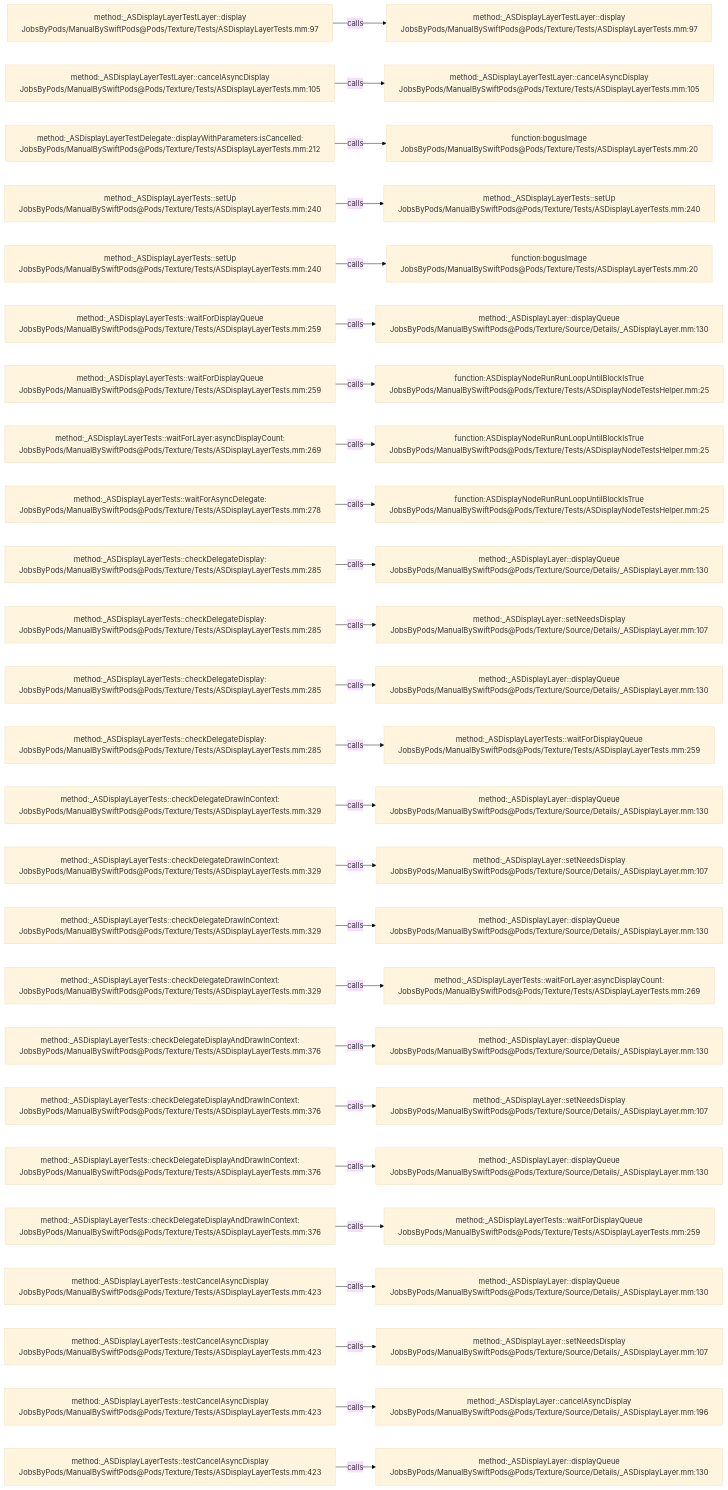
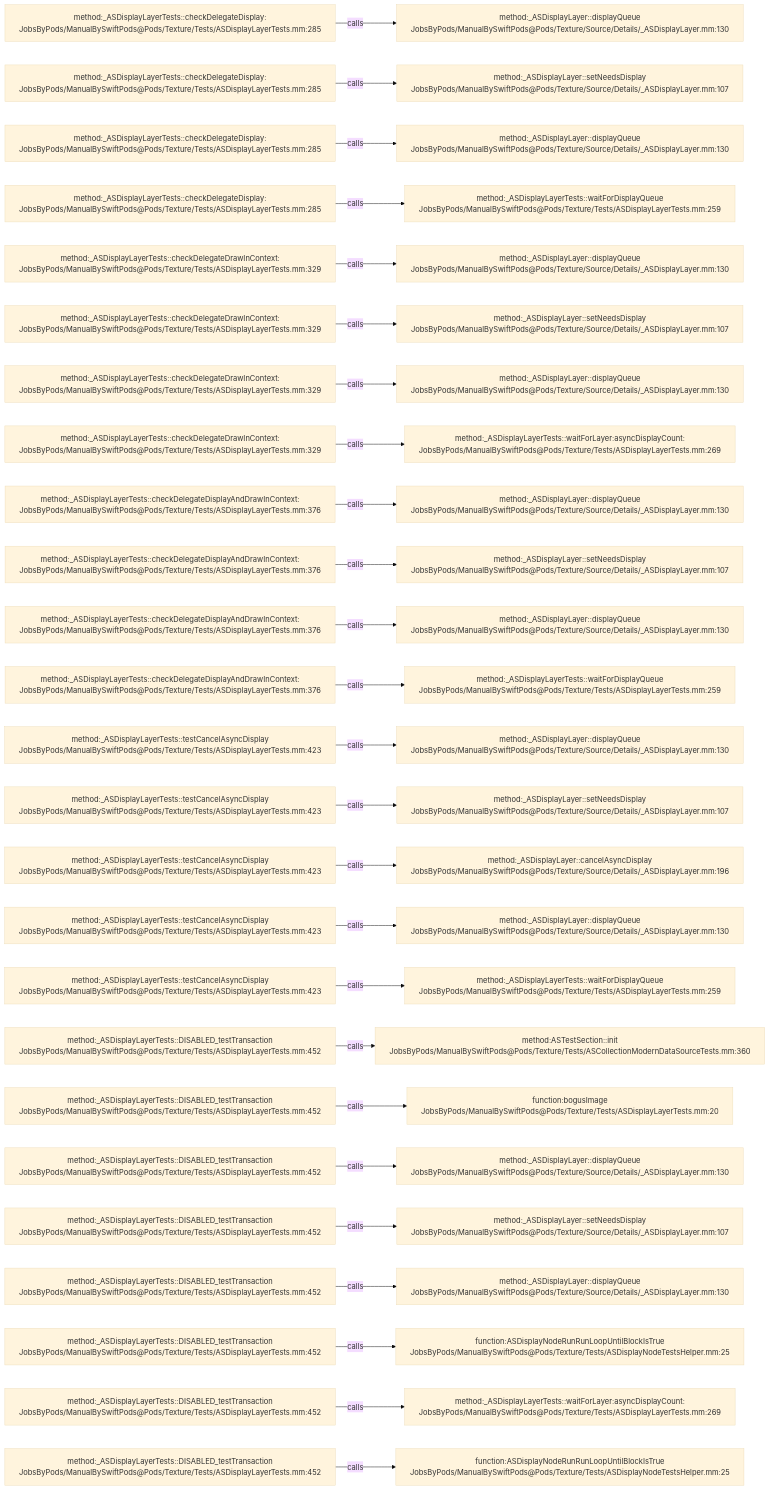
The diagram in .codegraph/codegraph.md/graphs/calls-180.md (JobsKits/JobsSwiftBaseConfigDemo), drawn with Mermaid (base theme) before and after one commit. The commit also changed 707 other files, not shown here.

````diff
--- a/.codegraph/codegraph.md/graphs/calls-180.md
+++ b/.codegraph/codegraph.md/graphs/calls-180.md
@@ -13,78 +13,78 @@
 ```mermaid
 flowchart LR
-  S1["method:_ASDisplayLayerTestLayer::display<br/>JobsByPods/ManualBySwiftPods@Pods/Texture/Tests/ASDisplayLayerTests.mm:97"]
-  T1["method:_ASDisplayLayerTestLayer::display<br/>JobsByPods/ManualBySwiftPods@Pods/Texture/Tests/ASDisplayLayerTests.mm:97"]
+  S1["method:_ASDisplayLayerTests::checkDelegateDisplay:<br/>JobsByPods/ManualBySwiftPods@Pods/Texture/Tests/ASDisplayLayerTests.mm:285"]
+  T1["method:_ASDisplayLayer::displayQueue<br/>JobsByPods/ManualBySwiftPods@Pods/Texture/Source/Details/_ASDisplayLayer.mm:130"]
   S1 -->|calls| T1
-  S2["method:_ASDisplayLayerTestLayer::cancelAsyncDisplay<br/>JobsByPods/ManualBySwiftPods@Pods/Texture/Tests/ASDisplayLayerTests.mm:105"]
-  T2["method:_ASDisplayLayerTestLayer::cancelAsyncDisplay<br/>JobsByPods/ManualBySwiftPods@Pods/Texture/Tests/ASDisplayLayerTests.mm:105"]
+  S2["method:_ASDisplayLayerTests::checkDelegateDisplay:<br/>JobsByPods/ManualBySwiftPods@Pods/Texture/Tests/ASDisplayLayerTests.mm:285"]
+  T2["method:_ASDisplayLayer::setNeedsDisplay<br/>JobsByPods/ManualBySwiftPods@Pods/Texture/Source/Details/_ASDisplayLayer.mm:107"]
   S2 -->|calls| T2
-  S3["method:_ASDisplayLayerTestDelegate::displayWithParameters:isCancelled:<br/>JobsByPods/ManualBySwiftPods@Pods/Texture/Tests/ASDisplayLayerTests.mm:212"]
-  T3["function:bogusImage<br/>JobsByPods/ManualBySwiftPods@Pods/Texture/Tests/ASDisplayLayerTests.mm:20"]
+  S3["method:_ASDisplayLayerTests::checkDelegateDisplay:<br/>JobsByPods/ManualBySwiftPods@Pods/Texture/Tests/ASDisplayLayerTests.mm:285"]
+  T3["method:_ASDisplayLayer::displayQueue<br/>JobsByPods/ManualBySwiftPods@Pods/Texture/Source/Details/_ASDisplayLayer.mm:130"]
   S3 -->|calls| T3
-  S4["method:_ASDisplayLayerTests::setUp<br/>JobsByPods/ManualBySwiftPods@Pods/Texture/Tests/ASDisplayLayerTests.mm:240"]
-  T4["method:_ASDisplayLayerTests::setUp<br/>JobsByPods/ManualBySwiftPods@Pods/Texture/Tests/ASDisplayLayerTests.mm:240"]
+  S4["method:_ASDisplayLayerTests::checkDelegateDisplay:<br/>JobsByPods/ManualBySwiftPods@Pods/Texture/Tests/ASDisplayLayerTests.mm:285"]
+  T4["method:_ASDisplayLayerTests::waitForDisplayQueue<br/>JobsByPods/ManualBySwiftPods@Pods/Texture/Tests/ASDisplayLayerTests.mm:259"]
   S4 -->|calls| T4
-  S5["method:_ASDisplayLayerTests::setUp<br/>JobsByPods/ManualBySwiftPods@Pods/Texture/Tests/ASDisplayLayerTests.mm:240"]
-  T5["function:bogusImage<br/>JobsByPods/ManualBySwiftPods@Pods/Texture/Tests/ASDisplayLayerTests.mm:20"]
+  S5["method:_ASDisplayLayerTests::checkDelegateDrawInContext:<br/>JobsByPods/ManualBySwiftPods@Pods/Texture/Tests/ASDisplayLayerTests.mm:329"]
+  T5["method:_ASDisplayLayer::displayQueue<br/>JobsByPods/ManualBySwiftPods@Pods/Texture/Source/Details/_ASDisplayLayer.mm:130"]
   S5 -->|calls| T5
-  S6["method:_ASDisplayLayerTests::waitForDisplayQueue<br/>JobsByPods/ManualBySwiftPods@Pods/Texture/Tests/ASDisplayLayerTests.mm:259"]
-  T6["method:_ASDisplayLayer::displayQueue<br/>JobsByPods/ManualBySwiftPods@Pods/Texture/Source/Details/_ASDisplayLayer.mm:130"]
+  S6["method:_ASDisplayLayerTests::checkDelegateDrawInContext:<br/>JobsByPods/ManualBySwiftPods@Pods/Texture/Tests/ASDisplayLayerTests.mm:329"]
+  T6["method:_ASDisplayLayer::setNeedsDisplay<br/>JobsByPods/ManualBySwiftPods@Pods/Texture/Source/Details/_ASDisplayLayer.mm:107"]
   S6 -->|calls| T6
-  S7["method:_ASDisplayLayerTests::waitForDisplayQueue<br/>JobsByPods/ManualBySwiftPods@Pods/Texture/Tests/ASDisplayLayerTests.mm:259"]
-  T7["function:ASDisplayNodeRunRunLoopUntilBlockIsTrue<br/>JobsByPods/ManualBySwiftPods@Pods/Texture/Tests/ASDisplayNodeTestsHelper.mm:25"]
+  S7["method:_ASDisplayLayerTests::checkDelegateDrawInContext:<br/>JobsByPods/ManualBySwiftPods@Pods/Texture/Tests/ASDisplayLayerTests.mm:329"]
+  T7["method:_ASDisplayLayer::displayQueue<br/>JobsByPods/ManualBySwiftPods@Pods/Texture/Source/Details/_ASDisplayLayer.mm:130"]
   S7 -->|calls| T7
-  S8["method:_ASDisplayLayerTests::waitForLayer:asyncDisplayCount:<br/>JobsByPods/ManualBySwiftPods@Pods/Texture/Tests/ASDisplayLayerTests.mm:269"]
-  T8["function:ASDisplayNodeRunRunLoopUntilBlockIsTrue<br/>JobsByPods/ManualBySwiftPods@Pods/Texture/Tests/ASDisplayNodeTestsHelper.mm:25"]
+  S8["method:_ASDisplayLayerTests::checkDelegateDrawInContext:<br/>JobsByPods/ManualBySwiftPods@Pods/Texture/Tests/ASDisplayLayerTests.mm:329"]
+  T8["method:_ASDisplayLayerTests::waitForLayer:asyncDisplayCount:<br/>JobsByPods/ManualBySwiftPods@Pods/Texture/Tests/ASDisplayLayerTests.mm:269"]
   S8 -->|calls| T8
-  S9["method:_ASDisplayLayerTests::waitForAsyncDelegate:<br/>JobsByPods/ManualBySwiftPods@Pods/Texture/Tests/ASDisplayLayerTests.mm:278"]
-  T9["function:ASDisplayNodeRunRunLoopUntilBlockIsTrue<br/>JobsByPods/ManualBySwiftPods@Pods/Texture/Tests/ASDisplayNodeTestsHelper.mm:25"]
+  S9["method:_ASDisplayLayerTests::checkDelegateDisplayAndDrawInContext:<br/>JobsByPods/ManualBySwiftPods@Pods/Texture/Tests/ASDisplayLayerTests.mm:376"]
+  T9["method:_ASDisplayLayer::displayQueue<br/>JobsByPods/ManualBySwiftPods@Pods/Texture/Source/Details/_ASDisplayLayer.mm:130"]
   S9 -->|calls| T9
-  S10["method:_ASDisplayLayerTests::checkDelegateDisplay:<br/>JobsByPods/ManualBySwiftPods@Pods/Texture/Tests/ASDisplayLayerTests.mm:285"]
-  T10["method:_ASDisplayLayer::displayQueue<br/>JobsByPods/ManualBySwiftPods@Pods/Texture/Source/Details/_ASDisplayLayer.mm:130"]
+  S10["method:_ASDisplayLayerTests::checkDelegateDisplayAndDrawInContext:<br/>JobsByPods/ManualBySwiftPods@Pods/Texture/Tests/ASDisplayLayerTests.mm:376"]
+  T10["method:_ASDisplayLayer::setNeedsDisplay<br/>JobsByPods/ManualBySwiftPods@Pods/Texture/Source/Details/_ASDisplayLayer.mm:107"]
   S10 -->|calls| T10
-  S11["method:_ASDisplayLayerTests::checkDelegateDisplay:<br/>JobsByPods/ManualBySwiftPods@Pods/Texture/Tests/ASDisplayLayerTests.mm:285"]
-  T11["method:_ASDisplayLayer::setNeedsDisplay<br/>JobsByPods/ManualBySwiftPods@Pods/Texture/Source/Details/_ASDisplayLayer.mm:107"]
+  S11["method:_ASDisplayLayerTests::checkDelegateDisplayAndDrawInContext:<br/>JobsByPods/ManualBySwiftPods@Pods/Texture/Tests/ASDisplayLayerTests.mm:376"]
+  T11["method:_ASDisplayLayer::displayQueue<br/>JobsByPods/ManualBySwiftPods@Pods/Texture/Source/Details/_ASDisplayLayer.mm:130"]
   S11 -->|calls| T11
-  S12["method:_ASDisplayLayerTests::checkDelegateDisplay:<br/>JobsByPods/ManualBySwiftPods@Pods/Texture/Tests/ASDisplayLayerTests.mm:285"]
-  T12["method:_ASDisplayLayer::displayQueue<br/>JobsByPods/ManualBySwiftPods@Pods/Texture/Source/Details/_ASDisplayLayer.mm:130"]
+  S12["method:_ASDisplayLayerTests::checkDelegateDisplayAndDrawInContext:<br/>JobsByPods/ManualBySwiftPods@Pods/Texture/Tests/ASDisplayLayerTests.mm:376"]
+  T12["method:_ASDisplayLayerTests::waitForDisplayQueue<br/>JobsByPods/ManualBySwiftPods@Pods/Texture/Tests/ASDisplayLayerTests.mm:259"]
   S12 -->|calls| T12
-  S13["method:_ASDisplayLayerTests::checkDelegateDisplay:<br/>JobsByPods/ManualBySwiftPods@Pods/Texture/Tests/ASDisplayLayerTests.mm:285"]
-  T13["method:_ASDisplayLayerTests::waitForDisplayQueue<br/>JobsByPods/ManualBySwiftPods@Pods/Texture/Tests/ASDisplayLayerTests.mm:259"]
+  S13["method:_ASDisplayLayerTests::testCancelAsyncDisplay<br/>JobsByPods/ManualBySwiftPods@Pods/Texture/Tests/ASDisplayLayerTests.mm:423"]
+  T13["method:_ASDisplayLayer::displayQueue<br/>JobsByPods/ManualBySwiftPods@Pods/Texture/Source/Details/_ASDisplayLayer.mm:130"]
   S13 -->|calls| T13
-  S14["method:_ASDisplayLayerTests::checkDelegateDrawInContext:<br/>JobsByPods/ManualBySwiftPods@Pods/Texture/Tests/ASDisplayLayerTests.mm:329"]
-  T14["method:_ASDisplayLayer::displayQueue<br/>JobsByPods/ManualBySwiftPods@Pods/Texture/Source/Details/_ASDisplayLayer.mm:130"]
+  S14["method:_ASDisplayLayerTests::testCancelAsyncDisplay<br/>JobsByPods/ManualBySwiftPods@Pods/Texture/Tests/ASDisplayLayerTests.mm:423"]
+  T14["method:_ASDisplayLayer::setNeedsDisplay<br/>JobsByPods/ManualBySwiftPods@Pods/Texture/Source/Details/_ASDisplayLayer.mm:107"]
   S14 -->|calls| T14
-  S15["method:_ASDisplayLayerTests::checkDelegateDrawInContext:<br/>JobsByPods/ManualBySwiftPods@Pods/Texture/Tests/ASDisplayLayerTests.mm:329"]
-  T15["method:_ASDisplayLayer::setNeedsDisplay<br/>JobsByPods/ManualBySwiftPods@Pods/Texture/Source/Details/_ASDisplayLayer.mm:107"]
+  S15["method:_ASDisplayLayerTests::testCancelAsyncDisplay<br/>JobsByPods/ManualBySwiftPods@Pods/Texture/Tests/ASDisplayLayerTests.mm:423"]
+  T15["method:_ASDisplayLayer::cancelAsyncDisplay<br/>JobsByPods/ManualBySwiftPods@Pods/Texture/Source/Details/_ASDisplayLayer.mm:196"]
   S15 -->|calls| T15
-  S16["method:_ASDisplayLayerTests::checkDelegateDrawInContext:<br/>JobsByPods/ManualBySwiftPods@Pods/Texture/Tests/ASDisplayLayerTests.mm:329"]
+  S16["method:_ASDisplayLayerTests::testCancelAsyncDisplay<br/>JobsByPods/ManualBySwiftPods@Pods/Texture/Tests/ASDisplayLayerTests.mm:423"]
   T16["method:_ASDisplayLayer::displayQueue<br/>JobsByPods/ManualBySwiftPods@Pods/Texture/Source/Details/_ASDisplayLayer.mm:130"]
   S16 -->|calls| T16
-  S17["method:_ASDisplayLayerTests::checkDelegateDrawInContext:<br/>JobsByPods/ManualBySwiftPods@Pods/Texture/Tests/ASDisplayLayerTests.mm:329"]
-  T17["method:_ASDisplayLayerTests::waitForLayer:asyncDisplayCount:<br/>JobsByPods/ManualBySwiftPods@Pods/Texture/Tests/ASDisplayLayerTests.mm:269"]
+  S17["method:_ASDisplayLayerTests::testCancelAsyncDisplay<br/>JobsByPods/ManualBySwiftPods@Pods/Texture/Tests/ASDisplayLayerTests.mm:423"]
+  T17["method:_ASDisplayLayerTests::waitForDisplayQueue<br/>JobsByPods/ManualBySwiftPods@Pods/Texture/Tests/ASDisplayLayerTests.mm:259"]
   S17 -->|calls| T17
-  S18["method:_ASDisplayLayerTests::checkDelegateDisplayAndDrawInContext:<br/>JobsByPods/ManualBySwiftPods@Pods/Texture/Tests/ASDisplayLayerTests.mm:376"]
-  T18["method:_ASDisplayLayer::displayQueue<br/>JobsByPods/ManualBySwiftPods@Pods/Texture/Source/Details/_ASDisplayLayer.mm:130"]
+  S18["method:_ASDisplayLayerTests::DISABLED_testTransaction<br/>JobsByPods/ManualBySwiftPods@Pods/Texture/Tests/ASDisplayLayerTests.mm:452"]
+  T18["method:ASTestSection::init<br/>JobsByPods/ManualBySwiftPods@Pods/Texture/Tests/ASCollectionModernDataSourceTests.mm:360"]
   S18 -->|calls| T18
-  S19["method:_ASDisplayLayerTests::checkDelegateDisplayAndDrawInContext:<br/>JobsByPods/ManualBySwiftPods@Pods/Texture/Tests/ASDisplayLayerTests.mm:376"]
-  T19["method:_ASDisplayLayer::setNeedsDisplay<br/>JobsByPods/ManualBySwiftPods@Pods/Texture/Source/Details/_ASDisplayLayer.mm:107"]
+  S19["method:_ASDisplayLayerTests::DISABLED_testTransaction<br/>JobsByPods/ManualBySwiftPods@Pods/Texture/Tests/ASDisplayLayerTests.mm:452"]
+  T19["function:bogusImage<br/>JobsByPods/ManualBySwiftPods@Pods/Texture/Tests/ASDisplayLayerTests.mm:20"]
   S19 -->|calls| T19
-  S20["method:_ASDisplayLayerTests::checkDelegateDisplayAndDrawInContext:<br/>JobsByPods/ManualBySwiftPods@Pods/Texture/Tests/ASDisplayLayerTests.mm:376"]
+  S20["method:_ASDisplayLayerTests::DISABLED_testTransaction<br/>JobsByPods/ManualBySwiftPods@Pods/Texture/Tests/ASDisplayLayerTests.mm:452"]
   T20["method:_ASDisplayLayer::displayQueue<br/>JobsByPods/ManualBySwiftPods@Pods/Texture/Source/Details/_ASDisplayLayer.mm:130"]
   S20 -->|calls| T20
-  S21["method:_ASDisplayLayerTests::checkDelegateDisplayAndDrawInContext:<br/>JobsByPods/ManualBySwiftPods@Pods/Texture/Tests/ASDisplayLayerTests.mm:376"]
-  T21["method:_ASDisplayLayerTests::waitForDisplayQueue<br/>JobsByPods/ManualBySwiftPods@Pods/Texture/Tests/ASDisplayLayerTests.mm:259"]
+  S21["method:_ASDisplayLayerTests::DISABLED_testTransaction<br/>JobsByPods/ManualBySwiftPods@Pods/Texture/Tests/ASDisplayLayerTests.mm:452"]
+  T21["method:_ASDisplayLayer::setNeedsDisplay<br/>JobsByPods/ManualBySwiftPods@Pods/Texture/Source/Details/_ASDisplayLayer.mm:107"]
   S21 -->|calls| T21
-  S22["method:_ASDisplayLayerTests::testCancelAsyncDisplay<br/>JobsByPods/ManualBySwiftPods@Pods/Texture/Tests/ASDisplayLayerTests.mm:423"]
+  S22["method:_ASDisplayLayerTests::DISABLED_testTransaction<br/>JobsByPods/ManualBySwiftPods@Pods/Texture/Tests/ASDisplayLayerTests.mm:452"]
   T22["method:_ASDisplayLayer::displayQueue<br/>JobsByPods/ManualBySwiftPods@Pods/Texture/Source/Details/_ASDisplayLayer.mm:130"]
   S22 -->|calls| T22
-  S23["method:_ASDisplayLayerTests::testCancelAsyncDisplay<br/>JobsByPods/ManualBySwiftPods@Pods/Texture/Tests/ASDisplayLayerTests.mm:423"]
-  T23["method:_ASDisplayLayer::setNeedsDisplay<br/>JobsByPods/ManualBySwiftPods@Pods/Texture/Source/Details/_ASDisplayLayer.mm:107"]
+  S23["method:_ASDisplayLayerTests::DISABLED_testTransaction<br/>JobsByPods/ManualBySwiftPods@Pods/Texture/Tests/ASDisplayLayerTests.mm:452"]
+  T23["function:ASDisplayNodeRunRunLoopUntilBlockIsTrue<br/>JobsByPods/ManualBySwiftPods@Pods/Texture/Tests/ASDisplayNodeTestsHelper.mm:25"]
   S23 -->|calls| T23
-  S24["method:_ASDisplayLayerTests::testCancelAsyncDisplay<br/>JobsByPods/ManualBySwiftPods@Pods/Texture/Tests/ASDisplayLayerTests.mm:423"]
-  T24["method:_ASDisplayLayer::cancelAsyncDisplay<br/>JobsByPods/ManualBySwiftPods@Pods/Texture/Source/Details/_ASDisplayLayer.mm:196"]
+  S24["method:_ASDisplayLayerTests::DISABLED_testTransaction<br/>JobsByPods/ManualBySwiftPods@Pods/Texture/Tests/ASDisplayLayerTests.mm:452"]
+  T24["method:_ASDisplayLayerTests::waitForLayer:asyncDisplayCount:<br/>JobsByPods/ManualBySwiftPods@Pods/Texture/Tests/ASDisplayLayerTests.mm:269"]
   S24 -->|calls| T24
-  S25["method:_ASDisplayLayerTests::testCancelAsyncDisplay<br/>JobsByPods/ManualBySwiftPods@Pods/Texture/Tests/ASDisplayLayerTests.mm:423"]
-  T25["method:_ASDisplayLayer::displayQueue<br/>JobsByPods/ManualBySwiftPods@Pods/Texture/Source/Details/_ASDisplayLayer.mm:130"]
+  S25["method:_ASDisplayLayerTests::DISABLED_testTransaction<br/>JobsByPods/ManualBySwiftPods@Pods/Texture/Tests/ASDisplayLayerTests.mm:452"]
+  T25["function:ASDisplayNodeRunRunLoopUntilBlockIsTrue<br/>JobsByPods/ManualBySwiftPods@Pods/Texture/Tests/ASDisplayNodeTestsHelper.mm:25"]
   S25 -->|calls| T25
 ```
````
